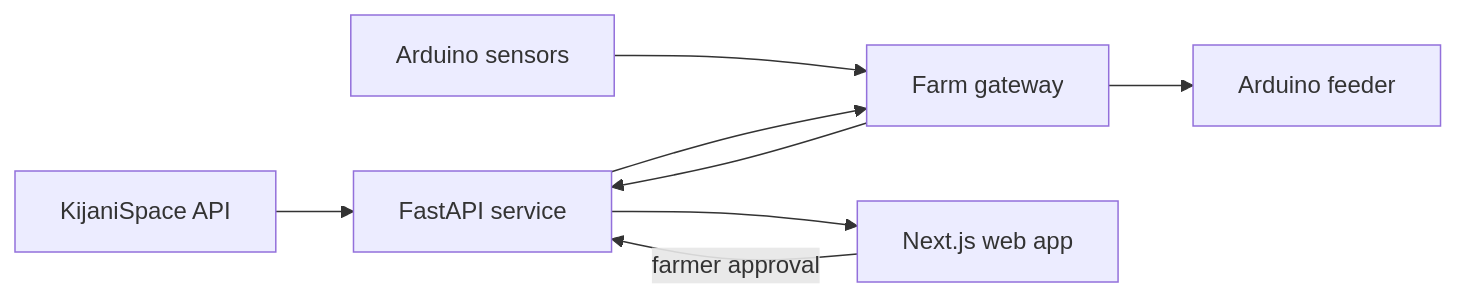
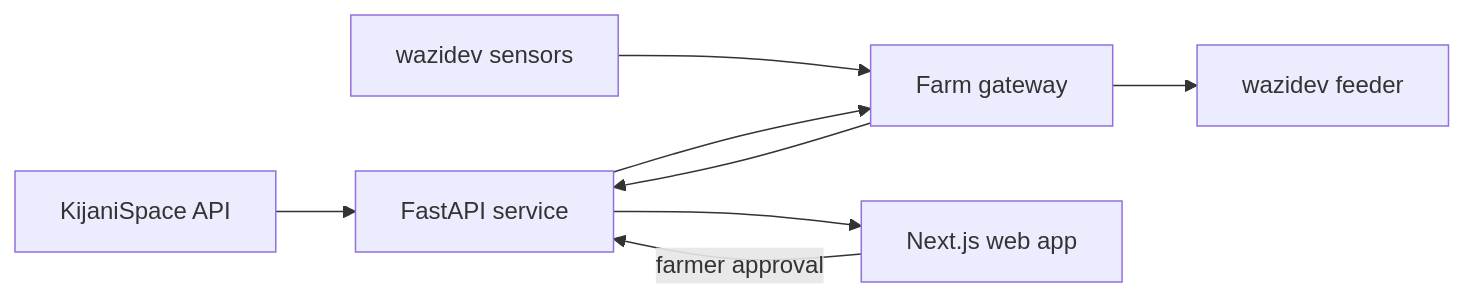
The diagram in README.md (ZEZE1020/FeedSync), drawn with Mermaid before and after one commit. The commit also changed other lines of this file and 2 other files, not shown here.

````diff
--- a/README.md
+++ b/README.md
@@ -33,10 +33,10 @@
 ```mermaid
 flowchart LR
     K[KijaniSpace API] --> A[FastAPI service]
-    S[Arduino sensors] --> G[Farm gateway]
+    S[wazidev sensors] --> G[Farm gateway]
     G --> A
     A --> W[Next.js web app]
     W -->|farmer approval| A
     A --> G
-    G --> F[Arduino feeder]
+    G --> F[wazidev feeder]
 ```
````
